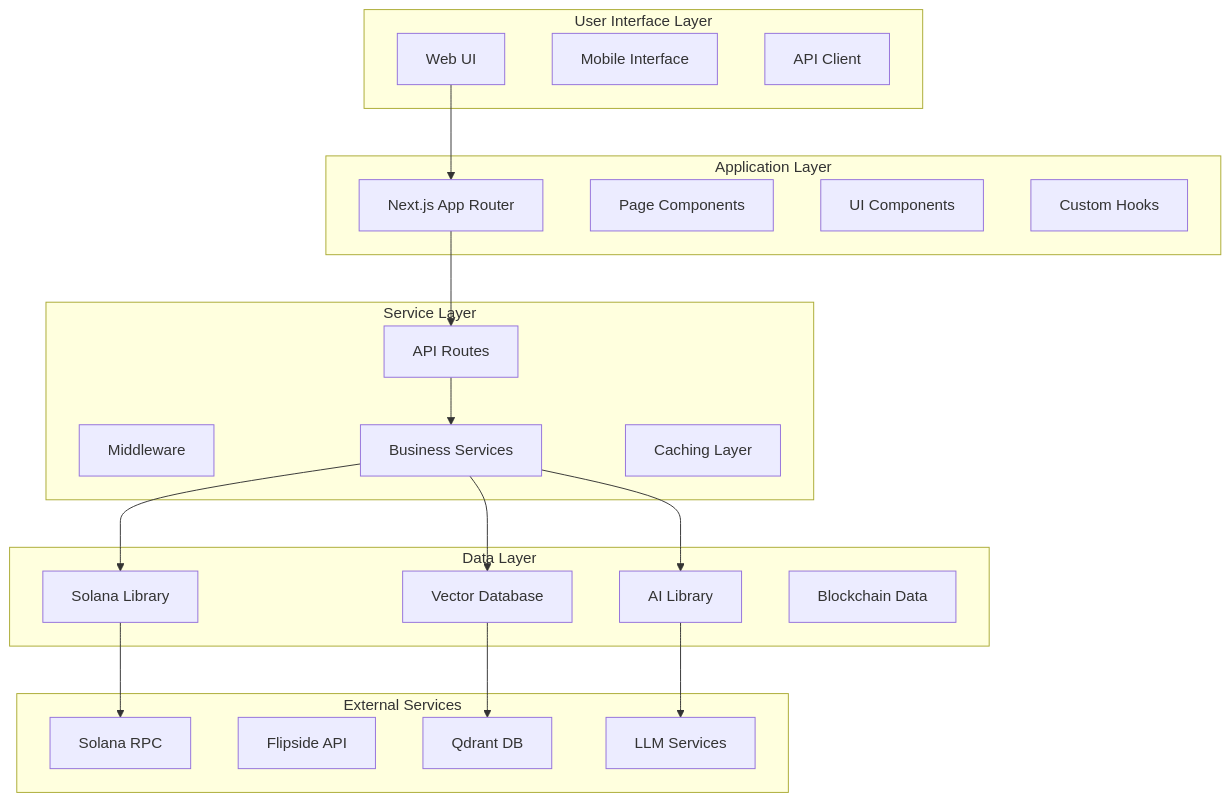
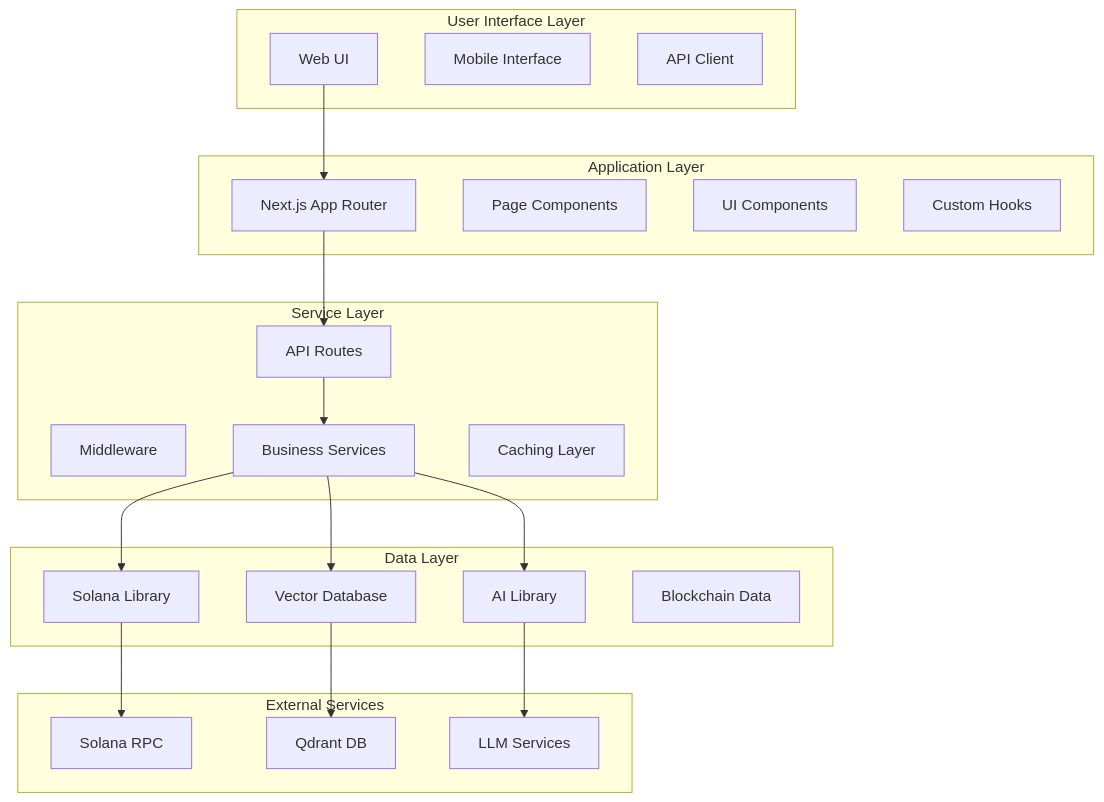
The diagram in docs/architecture/system-overview.md (aldrin-labs/opensvm), drawn with Mermaid before and after one commit. The commit also changed other lines of this file and 17 other files, not shown here.

First line of the commit message:
Refactor: Replace Flipside API with Birdeye API for token market data

````diff
--- a/docs/architecture/system-overview.md
+++ b/docs/architecture/system-overview.md
@@ -32,46 +32,45 @@
 ```mermaid
 graph TB
     subgraph "User Interface Layer"
         UI[Web UI]
         MOBILE[Mobile Interface]
         API_CLIENT[API Client]
     end
     
     subgraph "Application Layer"
         NEXTJS[Next.js App Router]
         PAGES[Page Components]
         COMPONENTS[UI Components]
         HOOKS[Custom Hooks]
     end
     
     subgraph "Service Layer"
         API[API Routes]
         MIDDLEWARE[Middleware]
         SERVICES[Business Services]
         CACHE[Caching Layer]
     end
     
     subgraph "Data Layer"
         SOLANA_LIB[Solana Library]
         AI_LIB[AI Library]
         VECTOR_DB[Vector Database]
         BLOCKCHAIN[Blockchain Data]
     end
     
     subgraph "External Services"
         SOLANA_RPC[Solana RPC]
-        FLIPSIDE[Flipside API]
         QDRANT[Qdrant DB]
         LLM[LLM Services]
     end
     
     UI --> NEXTJS
     NEXTJS --> API
     API --> SERVICES
     SERVICES --> SOLANA_LIB
     SERVICES --> AI_LIB
     SOLANA_LIB --> SOLANA_RPC
     AI_LIB --> LLM
     VECTOR_DB --> QDRANT
     SERVICES --> VECTOR_DB
 ```
````
